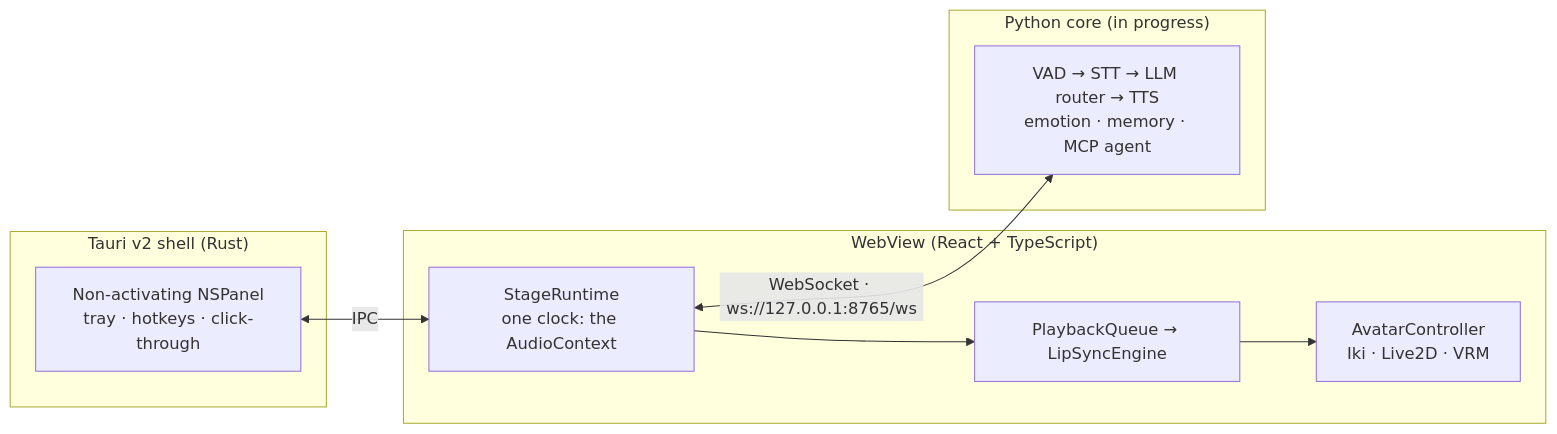
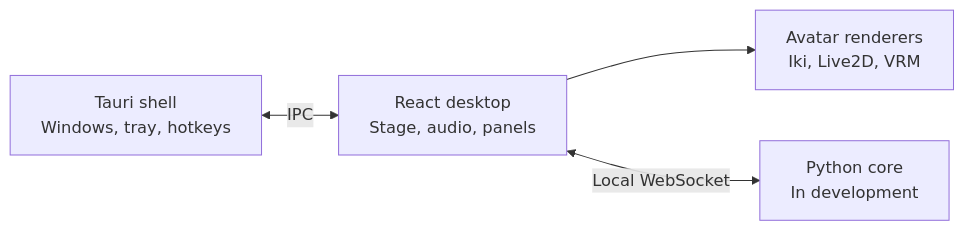
The diagram in README.md (JayDev-27/Hikari), drawn with Mermaid before and after one commit. The commit also changed other lines of this file and 6 other files, not shown here.

````diff
--- a/README.md
+++ b/README.md
@@ -159,17 +141,6 @@
 ```mermaid
 flowchart LR
-  subgraph Shell["Tauri v2 shell (Rust)"]
-    P["Non-activating NSPanel<br>tray · hotkeys · click-through"]
-  end
-  subgraph Web["WebView (React + TypeScript)"]
-    R["StageRuntime<br>one clock: the AudioContext"]
-    Q["PlaybackQueue → LipSyncEngine"]
-    A["AvatarController<br>Iki · Live2D · VRM"]
-    R --> Q --> A
-  end
-  subgraph Core["Python core (in progress)"]
-    C["VAD → STT → LLM router → TTS<br>emotion · memory · MCP agent"]
-  end
-  P <-- IPC --> R
-  R <-- "WebSocket · ws://127.0.0.1:8765/ws" --> C
+    A["Tauri shell<br/>Windows, tray, hotkeys"] <-->|IPC| B["React desktop<br/>Stage, audio, panels"]
+    B --> C["Avatar renderers<br/>Iki, Live2D, VRM"]
+    B <-->|Local WebSocket| D["Python core<br/>In development"]
 ```
````
